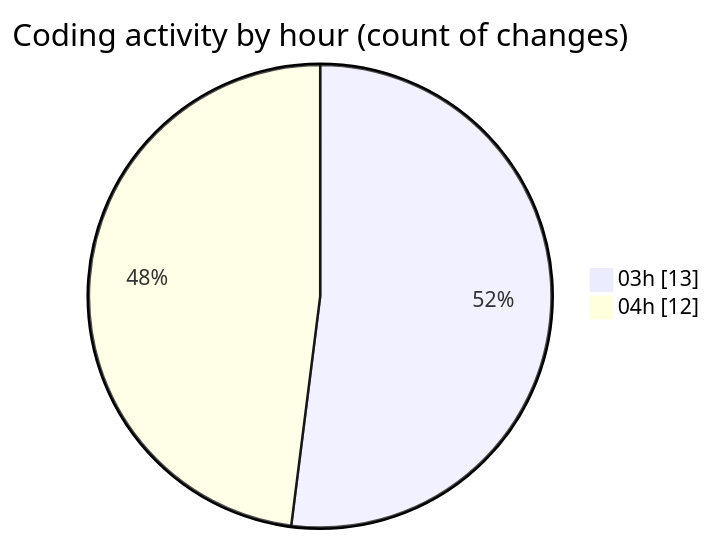
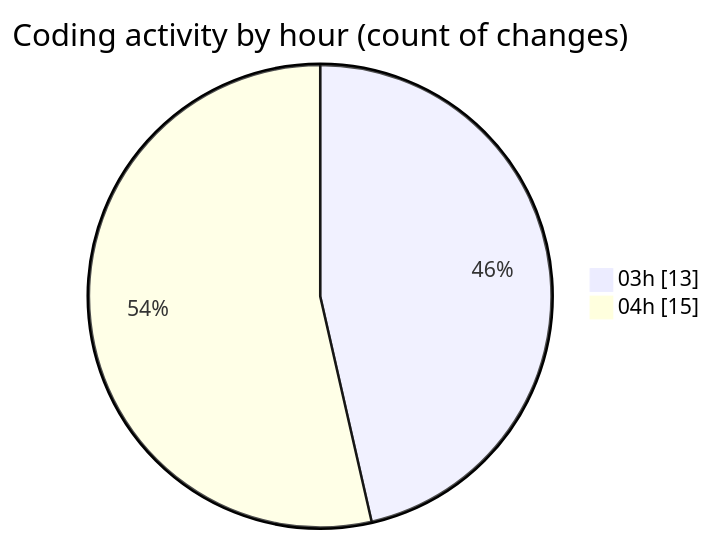
Before and after one commit to shibass792/code-tracking: the second of 2 diagrams in 2026-07-15/shibass-ai/README.md, drawn with Mermaid. The commit also changed other lines of this file and 1 other file, not shown here.

````diff
--- a/2026-07-15/shibass-ai/README.md
+++ b/2026-07-15/shibass-ai/README.md
@@ -39,6 +40,6 @@
 ```mermaid
 pie showData
 title Coding activity by hour (count of changes)
 "03h" : 13
-"04h" : 12
+"04h" : 15
 ```
````
